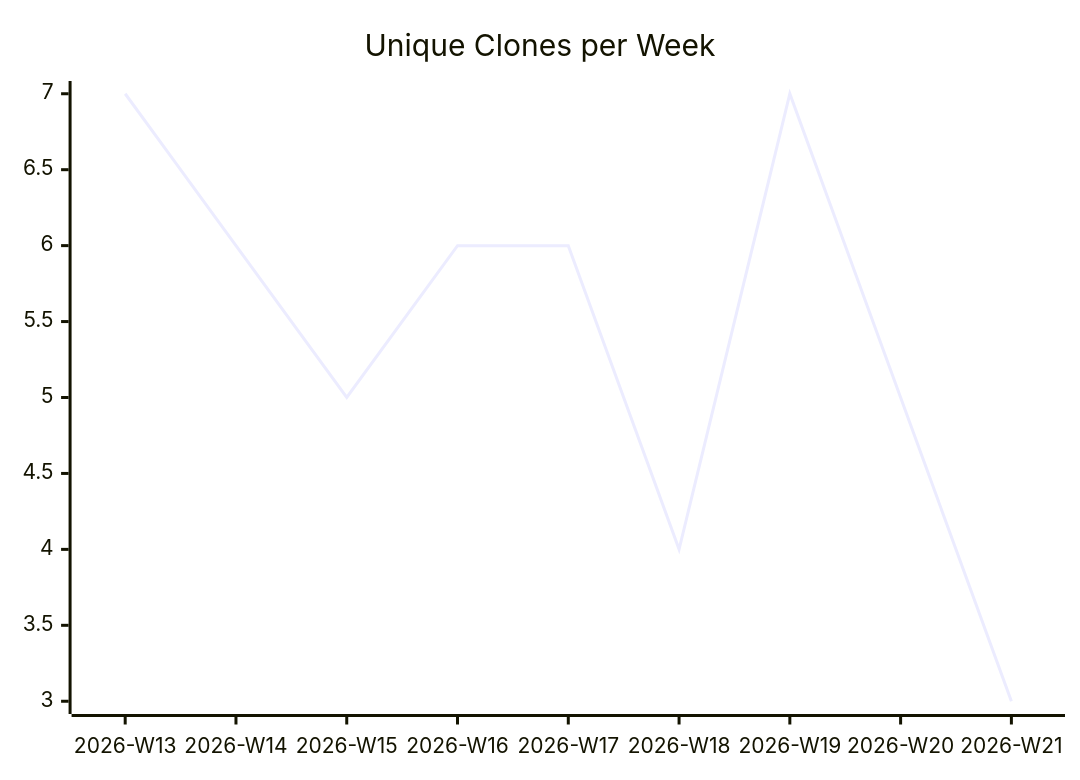
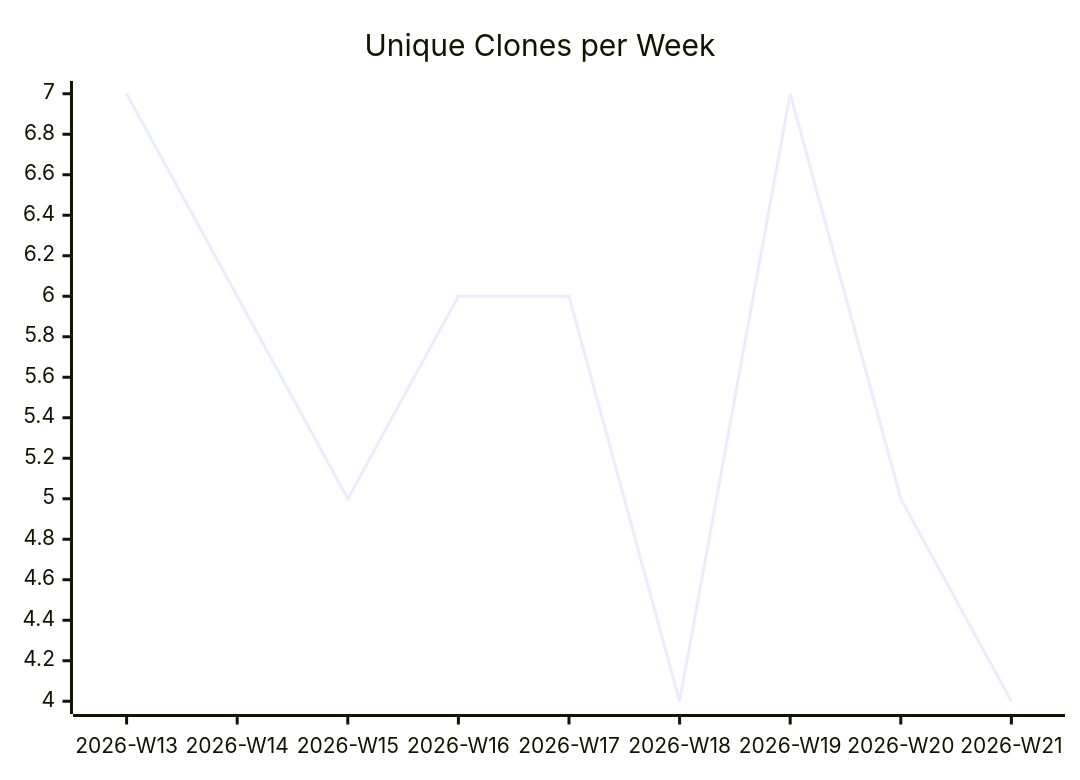
Before and after one commit to justdavis-family/github-analytics-data: the third of 3 diagrams in karlmdavis/lego-ev3dev-rs/README.md, drawn with Mermaid. The commit also changed other lines of this file and 189 other files, not shown here.

````diff
--- a/karlmdavis/lego-ev3dev-rs/README.md
+++ b/karlmdavis/lego-ev3dev-rs/README.md
@@ -19,6 +19,6 @@
 ```mermaid
 xychart-beta
   title "Unique Clones per Week"
   x-axis ["2026-W13", "2026-W14", "2026-W15", "2026-W16", "2026-W17", "2026-W18", "2026-W19", "2026-W20", "2026-W21"]
-  line [7, 6, 5, 6, 6, 4, 7, 5, 3]
+  line [7, 6, 5, 6, 6, 4, 7, 5, 4]
 ```
````
